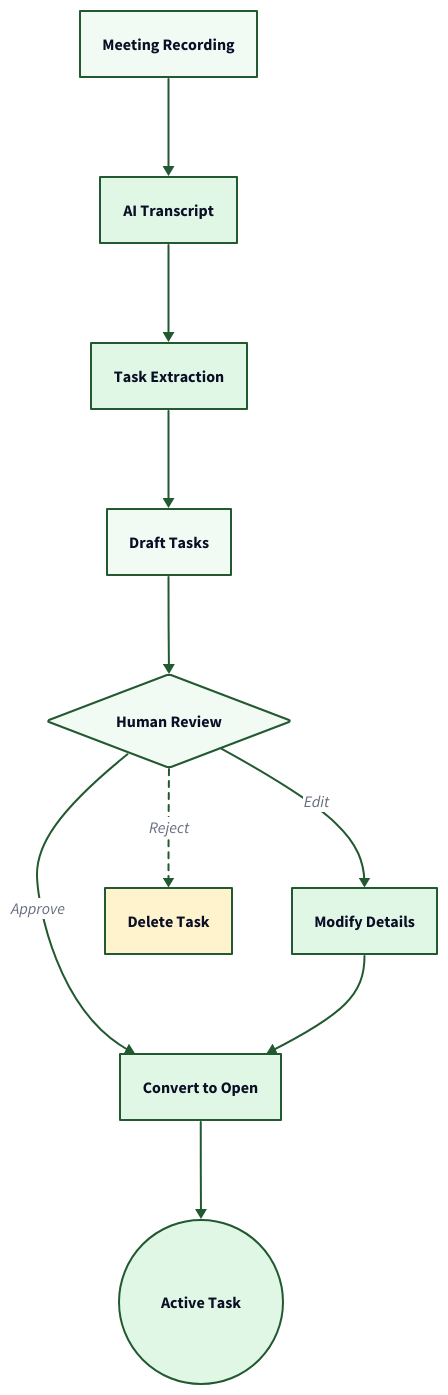
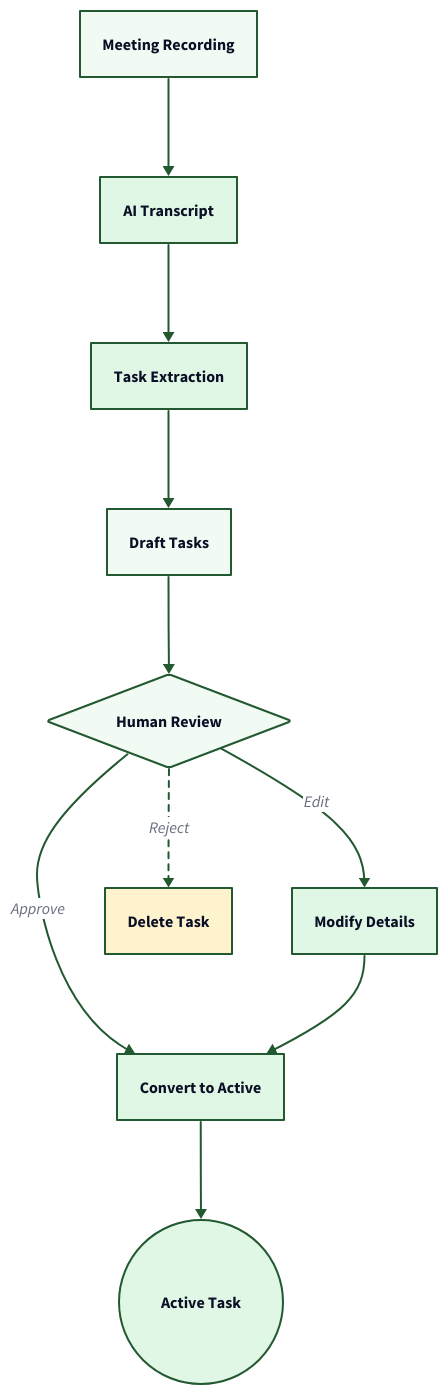
Before and after one commit to tallyfy/documentation: the diagram in src/content/docs/pro/integrations/extract-tasks-from-meetings.mdx, drawn with D2. The commit also changed 12 other files, not shown here.

```diff
--- a/src/content/docs/pro/integrations/extract-tasks-from-meetings.mdx
+++ b/src/content/docs/pro/integrations/extract-tasks-from-meetings.mdx
@@ -106,7 +106,7 @@
 }
 
 # Review Actions
-Convert: Convert to Open {
+Convert: Convert to Active {
   shape: rectangle
   style.fill: "#e1f7e6"
   style.stroke: "#225930"
```
